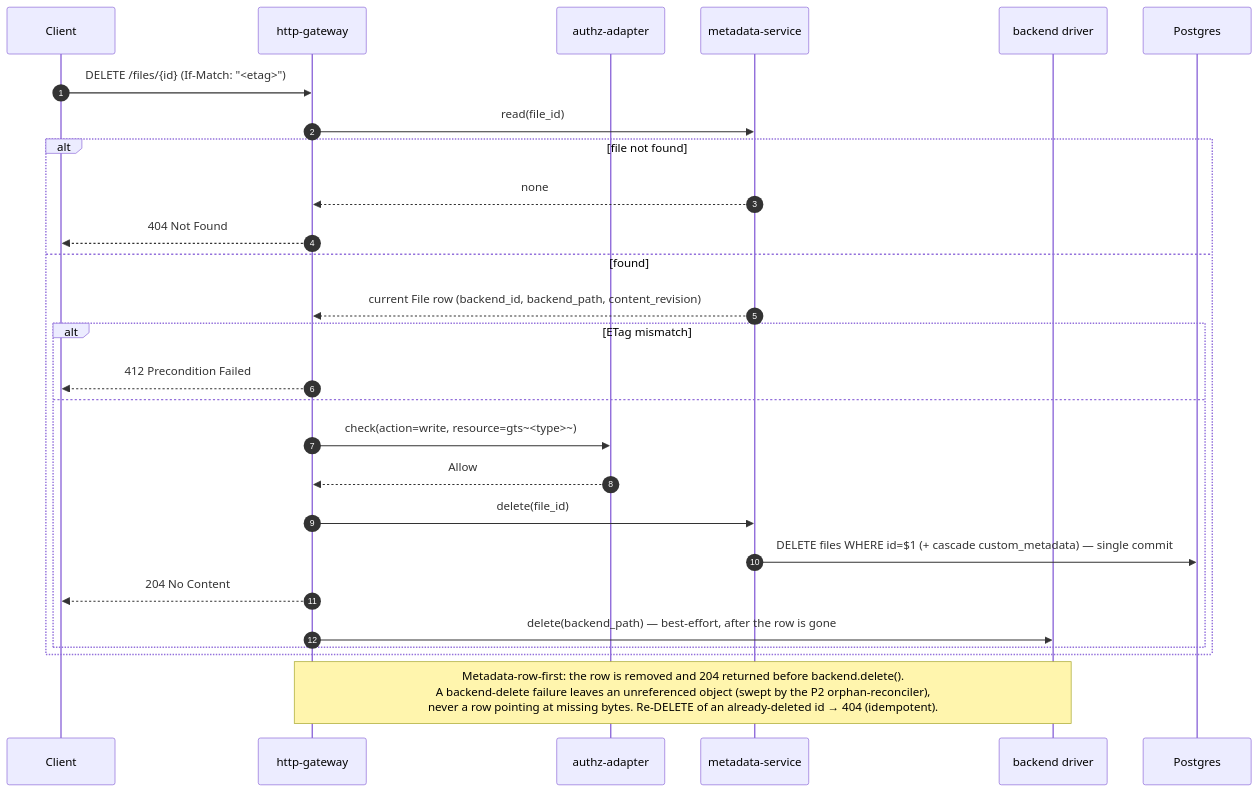
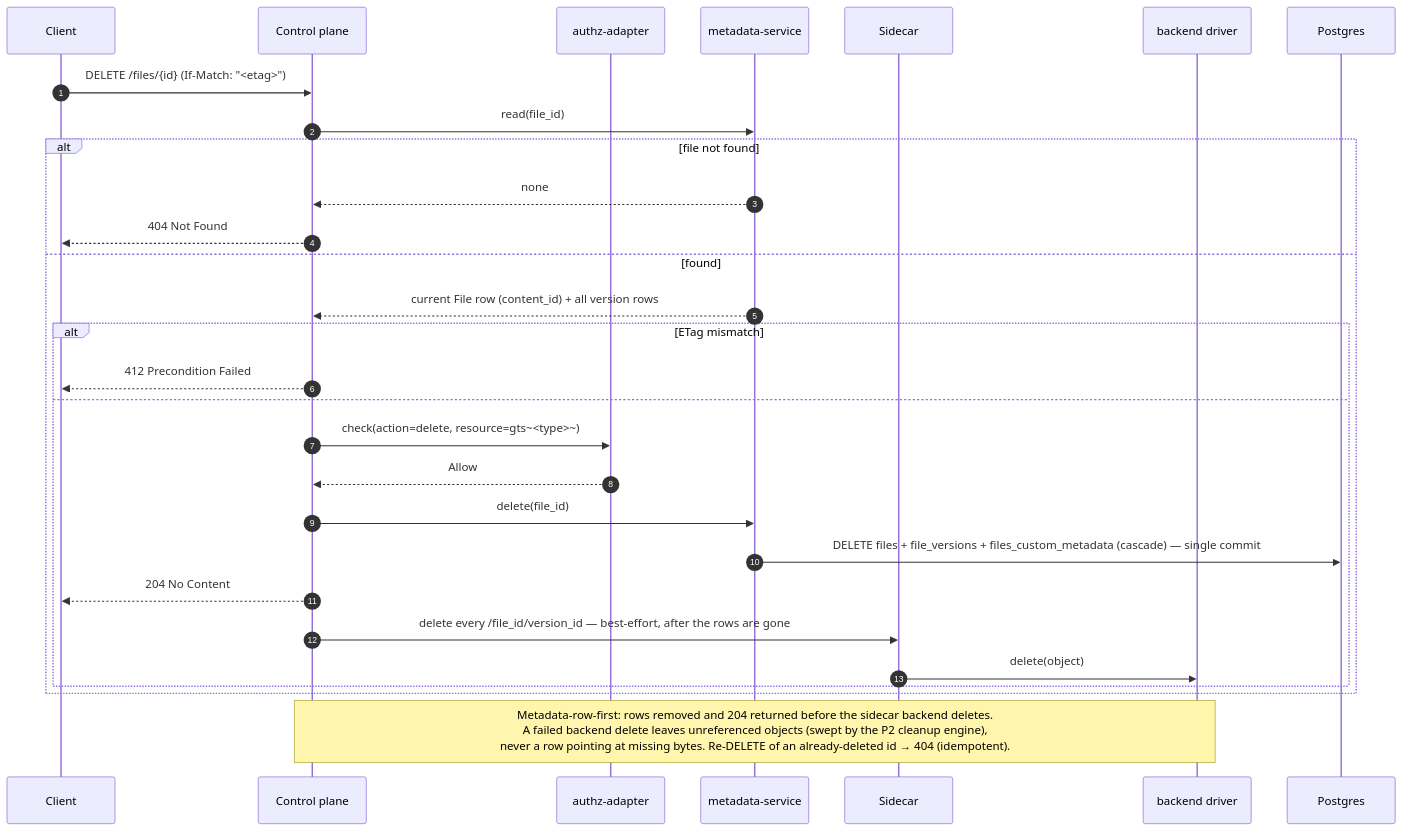
Before and after one commit to refur-nfn/gears-rust: the seventh of 8 diagrams in gears/file-storage/docs/DESIGN.md, drawn with Mermaid. The commit also changed other lines of this file and 6 other files, not shown here.

````diff
--- a/gears/file-storage/docs/DESIGN.md
+++ b/gears/file-storage/docs/DESIGN.md
@@ -805,30 +984,32 @@
 ```mermaid
 sequenceDiagram
     autonumber
     participant C as Client
-    participant HGW as http-gateway
+    participant CTL as Control plane
     participant AZ as authz-adapter
     participant MS as metadata-service
+    participant SC as Sidecar
     participant BA as backend driver
     participant DB as Postgres
 
-    C->>HGW: DELETE /files/{id} (If-Match: "<etag>")
-    HGW->>MS: read(file_id)
+    C->>CTL: DELETE /files/{id} (If-Match: "<etag>")
+    CTL->>MS: read(file_id)
     alt file not found
-        MS-->>HGW: none
-        HGW-->>C: 404 Not Found
+        MS-->>CTL: none
+        CTL-->>C: 404 Not Found
     else found
-        MS-->>HGW: current File row (backend_id, backend_path, content_revision)
+        MS-->>CTL: current File row (content_id) + all version rows
         alt ETag mismatch
-            HGW-->>C: 412 Precondition Failed
+            CTL-->>C: 412 Precondition Failed
         else
-            HGW->>AZ: check(action=write, resource=gts~<type>~)
-            AZ-->>HGW: Allow
-            HGW->>MS: delete(file_id)
-            MS->>DB: DELETE files WHERE id=$1 (+ cascade custom_metadata) — single commit
-            HGW-->>C: 204 No Content
-            HGW->>BA: delete(backend_path) — best-effort, after the row is gone
+            CTL->>AZ: check(action=delete, resource=gts~<type>~)
+            AZ-->>CTL: Allow
+            CTL->>MS: delete(file_id)
+            MS->>DB: DELETE files + file_versions + files_custom_metadata (cascade) — single commit
+            CTL-->>C: 204 No Content
+            CTL->>SC: delete every /file_id/version_id — best-effort, after the rows are gone
+            SC->>BA: delete(object)
         end
     end
-    Note over HGW,BA: Metadata-row-first: the row is removed and 204 returned before backend.delete().<br/>A backend-delete failure leaves an unreferenced object (swept by the P2 orphan-reconciler),<br/>never a row pointing at missing bytes. Re-DELETE of an already-deleted id → 404 (idempotent).
+    Note over CTL,BA: Metadata-row-first: rows removed and 204 returned before the sidecar backend deletes.<br/>A failed backend delete leaves unreferenced objects (swept by the P2 cleanup engine),<br/>never a row pointing at missing bytes. Re-DELETE of an already-deleted id → 404 (idempotent).
 ```
````
